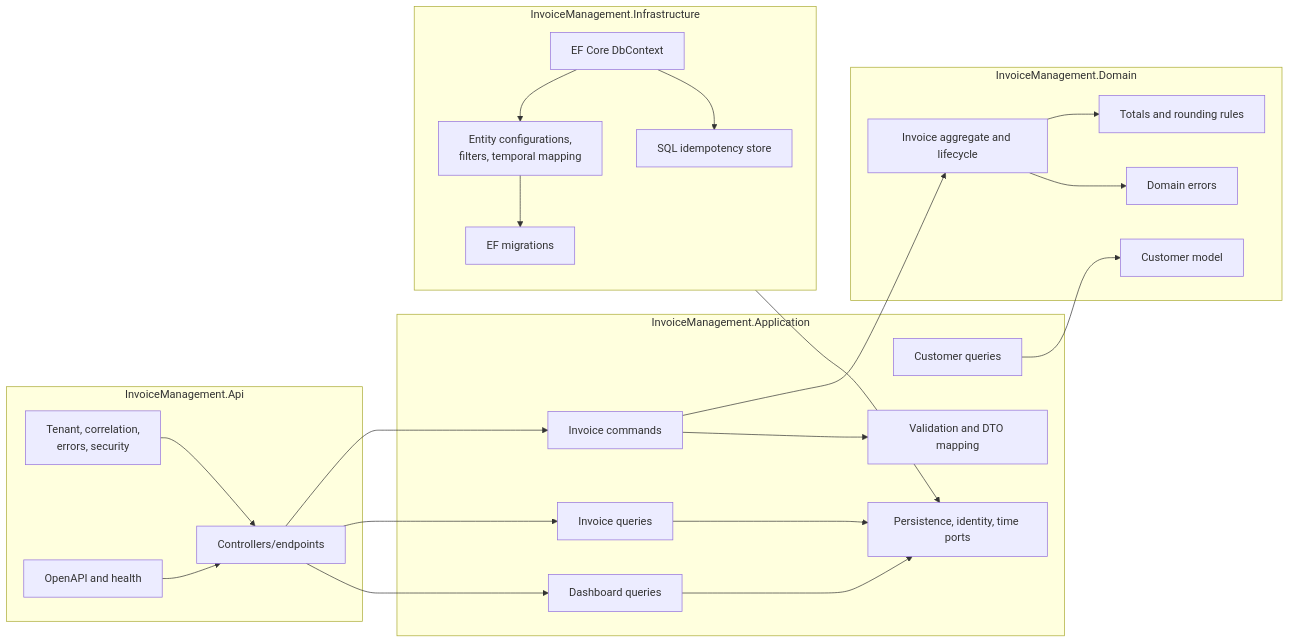
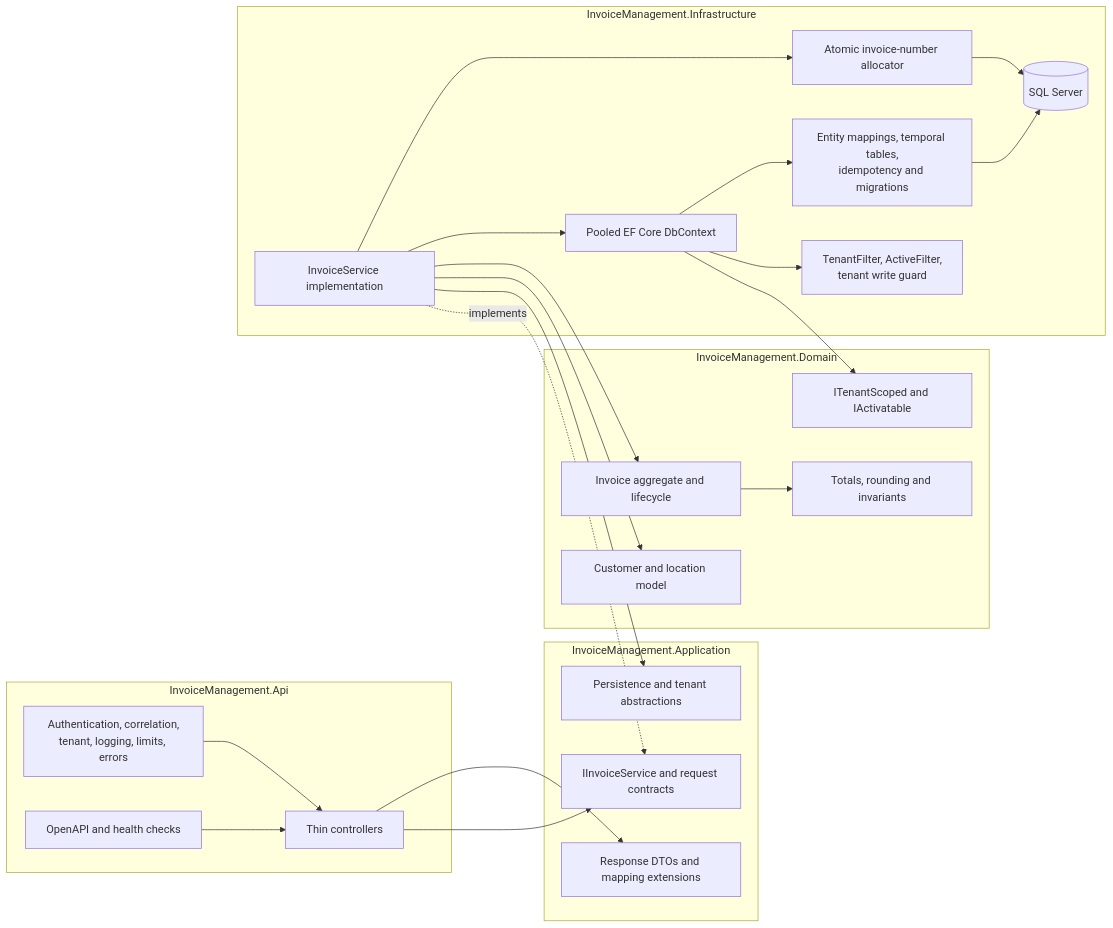
The diagram in docs/diagrams/component-architecture.md (dhruvsheth37/invoice-management), drawn with Mermaid before and after one commit. The commit also changed other lines of this file and 39 other files, not shown here.

````diff
--- a/docs/diagrams/component-architecture.md
+++ b/docs/diagrams/component-architecture.md
@@ -3,48 +3,47 @@
 ```mermaid
 flowchart LR
     subgraph API["InvoiceManagement.Api"]
-        Endpoints["Controllers/endpoints"]
-        Middleware["Tenant, correlation,<br/>errors, security"]
-        OpenApi["OpenAPI and health"]
+        Controllers["Thin controllers"]
+        Pipeline["Authentication, correlation,<br/>tenant, logging, limits, errors"]
+        Operations["OpenAPI and health checks"]
     end
 
     subgraph Application["InvoiceManagement.Application"]
-        CustomersApp["Customer queries"]
-        InvoiceCommands["Invoice commands"]
-        InvoiceQueries["Invoice queries"]
-        Dashboard["Dashboard queries"]
-        Validation["Validation and DTO mapping"]
-        Ports["Persistence, identity, time ports"]
+        Contracts["IInvoiceService and request contracts"]
+        DTOs["Response DTOs and mapping extensions"]
+        Abstractions["Persistence and tenant abstractions"]
     end
 
     subgraph Domain["InvoiceManagement.Domain"]
-        CustomerDomain["Customer model"]
+        CustomerDomain["Customer and location model"]
         InvoiceAggregate["Invoice aggregate and lifecycle"]
-        MoneyRules["Totals and rounding rules"]
-        DomainErrors["Domain errors"]
+        Rules["Totals, rounding and invariants"]
+        Markers["ITenantScoped and IActivatable"]
     end
 
     subgraph Infrastructure["InvoiceManagement.Infrastructure"]
-        DbContext["EF Core DbContext"]
-        Config["Entity configurations,<br/>filters, temporal mapping"]
-        Idempotency["SQL idempotency store"]
-        Migrations["EF migrations"]
+        Service["InvoiceService implementation"]
+        Allocator["Atomic invoice-number allocator"]
+        DbContext["Pooled EF Core DbContext"]
+        Protection["TenantFilter, ActiveFilter,<br/>tenant write guard"]
+        Persistence["Entity mappings, temporal tables,<br/>idempotency and migrations"]
+        Sql[("SQL Server")]
     end
 
-    Endpoints --> InvoiceCommands
-    Endpoints --> InvoiceQueries
-    Endpoints --> Dashboard
-    Middleware --> Endpoints
-    OpenApi --> Endpoints
-    InvoiceCommands --> InvoiceAggregate
-    InvoiceCommands --> Validation
-    InvoiceQueries --> Ports
-    Dashboard --> Ports
-    CustomersApp --> CustomerDomain
-    InvoiceAggregate --> MoneyRules
-    InvoiceAggregate --> DomainErrors
-    Infrastructure --> Ports
-    DbContext --> Config
-    DbContext --> Idempotency
-    Config --> Migrations
+    Pipeline --> Controllers
+    Operations --> Controllers
+    Controllers --> Contracts
+    Controllers --> DTOs
+    Service -.->|"implements"| Contracts
+    Service --> Abstractions
+    Service --> CustomerDomain
+    Service --> InvoiceAggregate
+    InvoiceAggregate --> Rules
+    DbContext --> Markers
+    Service --> DbContext
+    Service --> Allocator
+    DbContext --> Protection
+    DbContext --> Persistence
+    Allocator --> Sql
+    Persistence --> Sql
 ```
````
